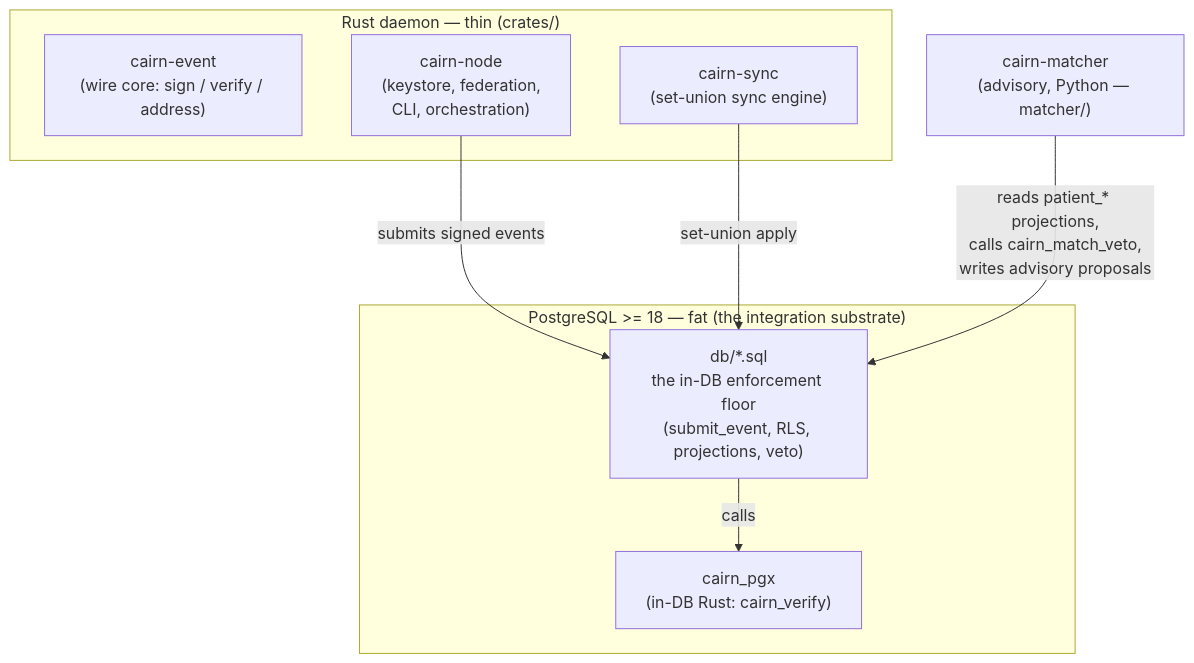
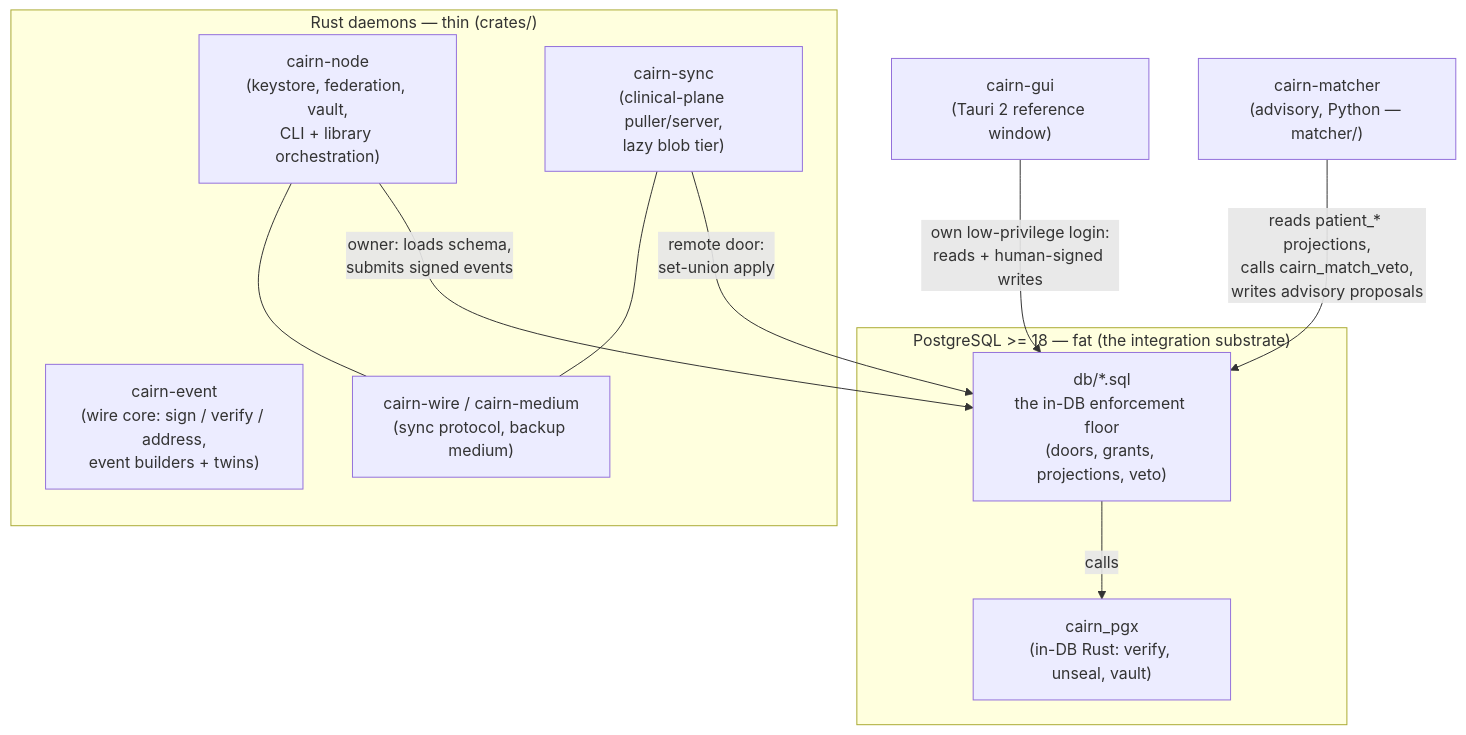
The diagram in docs/developers/architecture-for-developers.md (cairn-ehr/cairn-ehr), drawn with Mermaid before and after one commit. The commit also changed other lines of this file and 7 other files, not shown here.

````diff
--- a/docs/developers/architecture-for-developers.md
+++ b/docs/developers/architecture-for-developers.md
@@ -82,18 +85,23 @@
 ```mermaid
 flowchart TD
-    subgraph rust["Rust daemon — thin (crates/)"]
-      ev["cairn-event<br/>(wire core: sign / verify / address)"]
-      sy["cairn-sync<br/>(set-union sync engine)"]
-      no["cairn-node<br/>(keystore, federation,<br/>CLI, orchestration)"]
+    subgraph rust["Rust daemons — thin (crates/)"]
+      ev["cairn-event<br/>(wire core: sign / verify / address,<br/>event builders + twins)"]
+      no["cairn-node<br/>(keystore, federation, vault,<br/>CLI + library orchestration)"]
+      sy["cairn-sync<br/>(clinical-plane puller/server,<br/>lazy blob tier)"]
+      wire["cairn-wire / cairn-medium<br/>(sync protocol, backup medium)"]
     end
+    gui["cairn-gui<br/>(Tauri 2 reference window)"]
     subgraph pg["PostgreSQL >= 18 — fat (the integration substrate)"]
-      floor["db/*.sql<br/>the in-DB enforcement floor<br/>(submit_event, RLS, projections, veto)"]
-      pgx["cairn_pgx<br/>(in-DB Rust: cairn_verify)"]
+      floor["db/*.sql<br/>the in-DB enforcement floor<br/>(doors, grants, projections, veto)"]
+      pgx["cairn_pgx<br/>(in-DB Rust: verify, unseal, vault)"]
     end
     py["cairn-matcher<br/>(advisory, Python — matcher/)"]
 
-    no -->|submits signed events| floor
-    sy -->|set-union apply| floor
+    no -->|owner: loads schema,<br/>submits signed events| floor
+    sy -->|remote door:<br/>set-union apply| floor
+    gui -->|own low-privilege login:<br/>reads + human-signed writes| floor
+    sy --- wire
+    no --- wire
     floor -->|calls| pgx
     py -->|reads patient_* projections,<br/>calls cairn_match_veto,<br/>writes advisory proposals| floor
 ```
````
